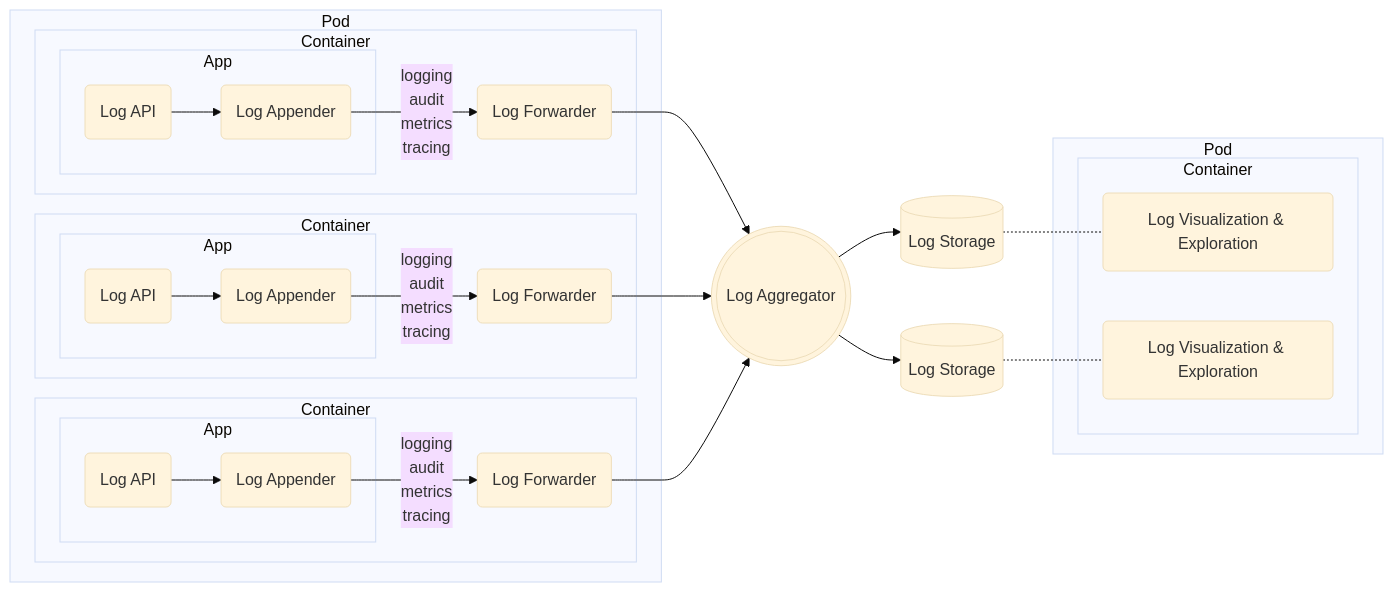
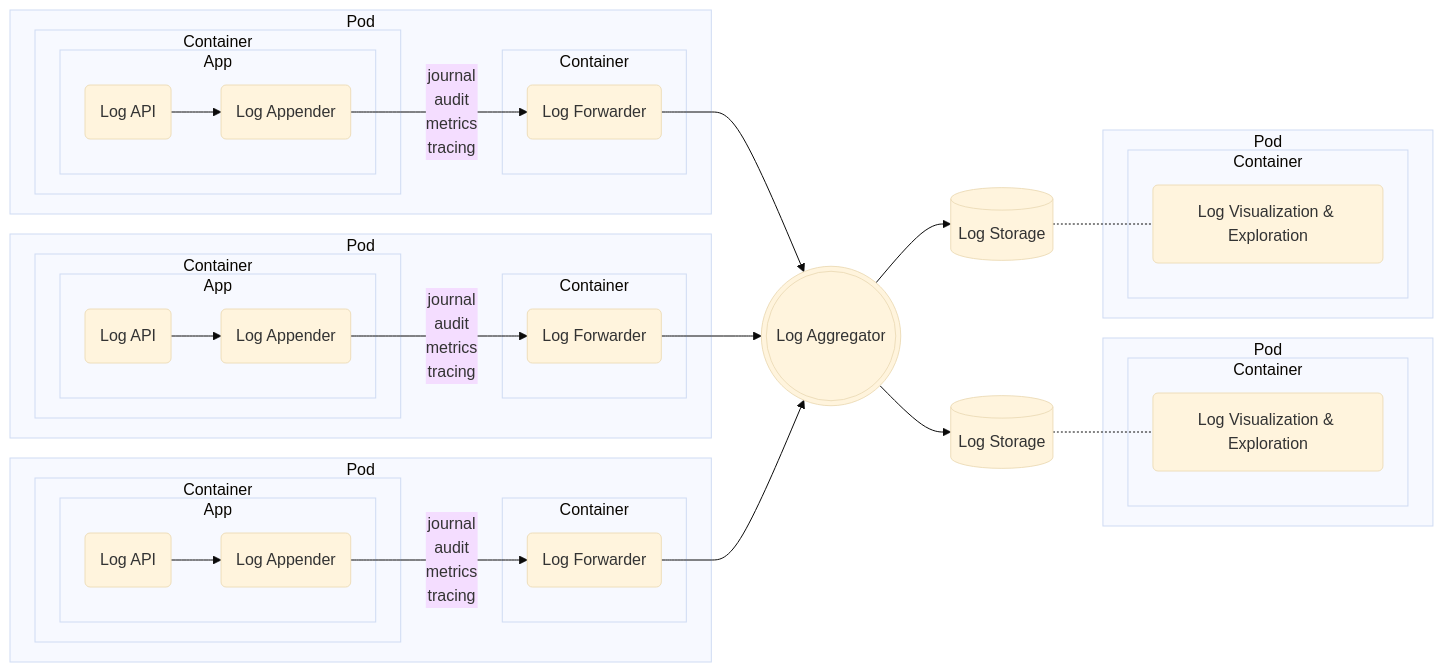
Before and after one commit to t-ibm/didymus: the diagram in app/src/doc/templates/elkStack.mmd, drawn with Mermaid (base theme). The commit also changed 1 other file, not shown here.

```diff
--- a/app/src/doc/templates/elkStack.mmd
+++ b/app/src/doc/templates/elkStack.mmd
@@ -1,34 +1,48 @@
 flowchart LR
   subgraph P1[Pod]
-    subgraph C1[Container]
+    subgraph C11[Container]
       subgraph B1[App]
         I1(Log API) --> A1(Log Appender)
       end
-      A1 --> |logging<br/>audit<br/>metrics<br/>tracing| F1(Log Forwarder)
     end
-    subgraph C2[Container]
+    subgraph C12[Container]
+      A1 --> |journal<br/>audit<br/>metrics<br/>tracing| F1(Log Forwarder)
+    end
+  end
+  subgraph P2[Pod]
+    subgraph C21[Container]
       subgraph B2[App]
         I2(Log API) --> A2(Log Appender)
       end
-      A2 --> |logging<br/>audit<br/>metrics<br/>tracing| F2(Log Forwarder)
     end
-    subgraph C3[Container]
+    subgraph C22[Container]
+      A2 --> |journal<br/>audit<br/>metrics<br/>tracing| F2(Log Forwarder)
+    end
+  end
+  subgraph P3[Pod]
+    subgraph C31[Container]
       subgraph B3[App]
         I3(Log API) --> A3(Log Appender)
       end
-      A3 --> |logging<br/>audit<br/>metrics<br/>tracing| F3(Log Forwarder)
+    end
+    subgraph C32[Container]
+      A3 --> |journal<br/>audit<br/>metrics<br/>tracing| F3(Log Forwarder)
     end
   end
   F1 --> L(((Log Aggregator)))
   F2 --> L
   F3 --> L
   L --> E1[(Log Storage)]
   L --> E2[(Log Storage)]
-  subgraph P3[Pod]
+  subgraph P4[Pod]
     subgraph C4[Container]
-      K1(Log Visualization & Exploration)
-      K2(Log Visualization & Exploration)
+      K4(Log Visualization & Exploration)
     end
   end
-  E1 -.- K1
-  E2 -.- K2
+  subgraph P5[Pod]
+    subgraph C5[Container]
+      K5(Log Visualization & Exploration)
+    end
+  end
+  E1 -.- K4
+  E2 -.- K5
```
